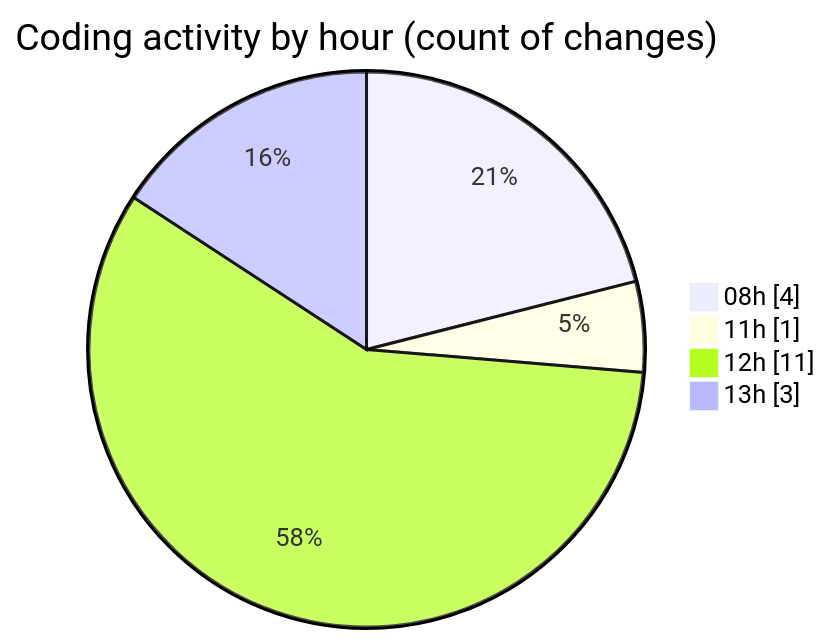
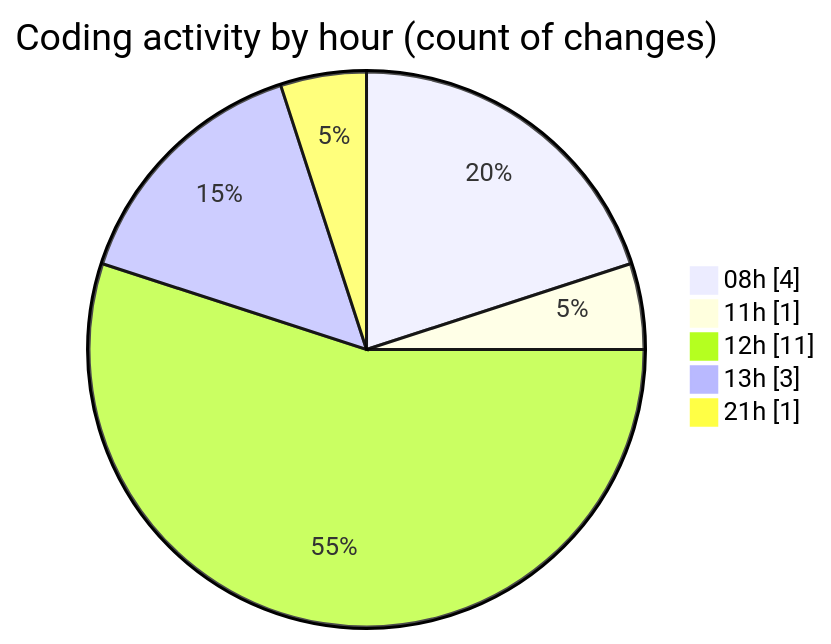
The second of 2 diagrams in 2025-02-10/react_ecom/README.md (Elitesun/code-tracking), drawn with Mermaid before and after one commit. The commit also changed other lines of this file and 1 other file, not shown here.

````diff
--- a/2025-02-10/react_ecom/README.md
+++ b/2025-02-10/react_ecom/README.md
@@ -34,8 +35,9 @@
 ```mermaid
 pie showData
 title Coding activity by hour (count of changes)
 "08h" : 4
 "11h" : 1
 "12h" : 11
 "13h" : 3
+"21h" : 1
 ```
````
